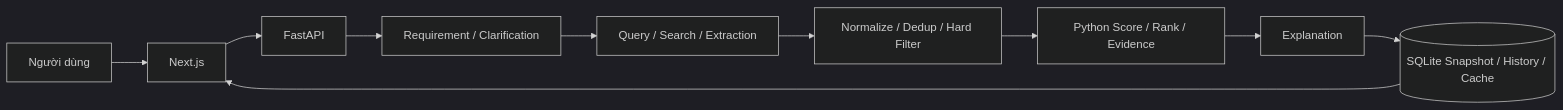
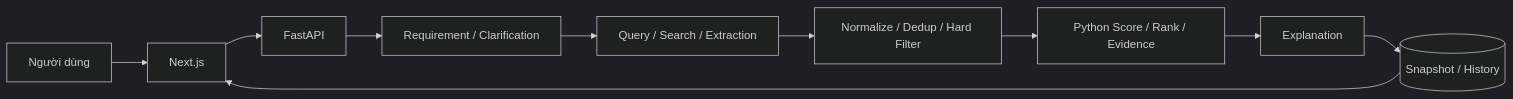
The diagram in README.md (hoangle10ck-sys/smart-shopping-ai-part01), drawn with Mermaid (dark theme) before and after one commit. The commit also changed other lines of this file and 173 other files, not shown here.

````diff
--- a/README.md
+++ b/README.md
@@ -52,12 +68,12 @@
 ```mermaid
 flowchart LR
   U[Người dùng] --> F[Next.js]
   F --> A[FastAPI]
   A --> R[Requirement / Clarification]
   R --> S[Query / Search / Extraction]
   S --> N[Normalize / Dedup / Hard Filter]
   N --> P[Python Score / Rank / Evidence]
   P --> E[Explanation]
-  E --> D[(SQLite Snapshot / History / Cache)]
+  E --> D[(Snapshot / History)]
   D --> F
 ```
````
